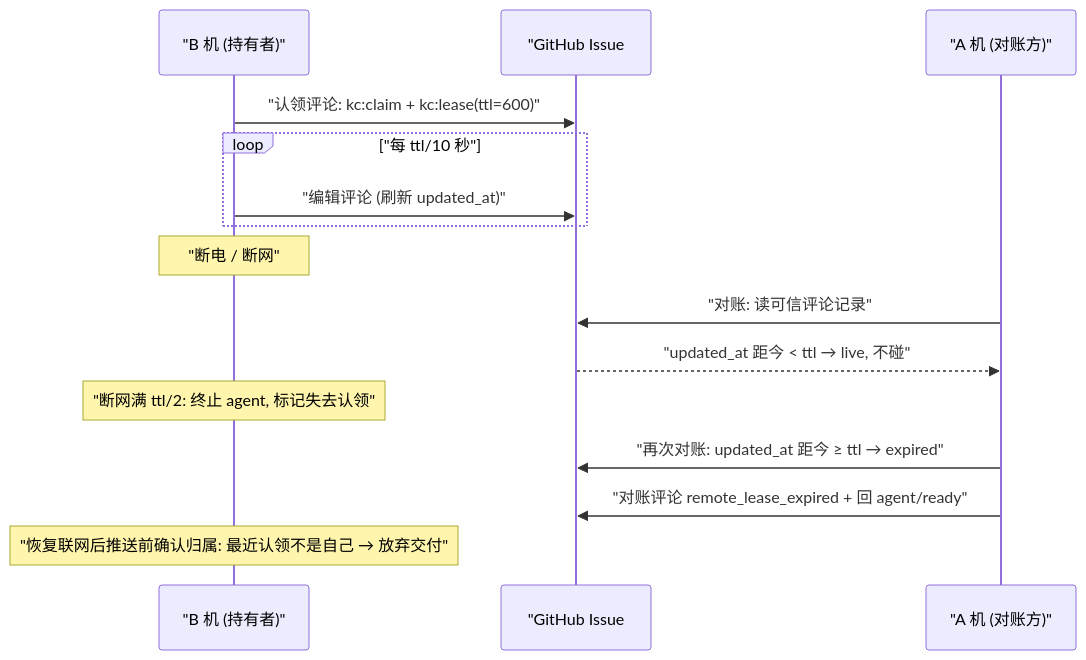
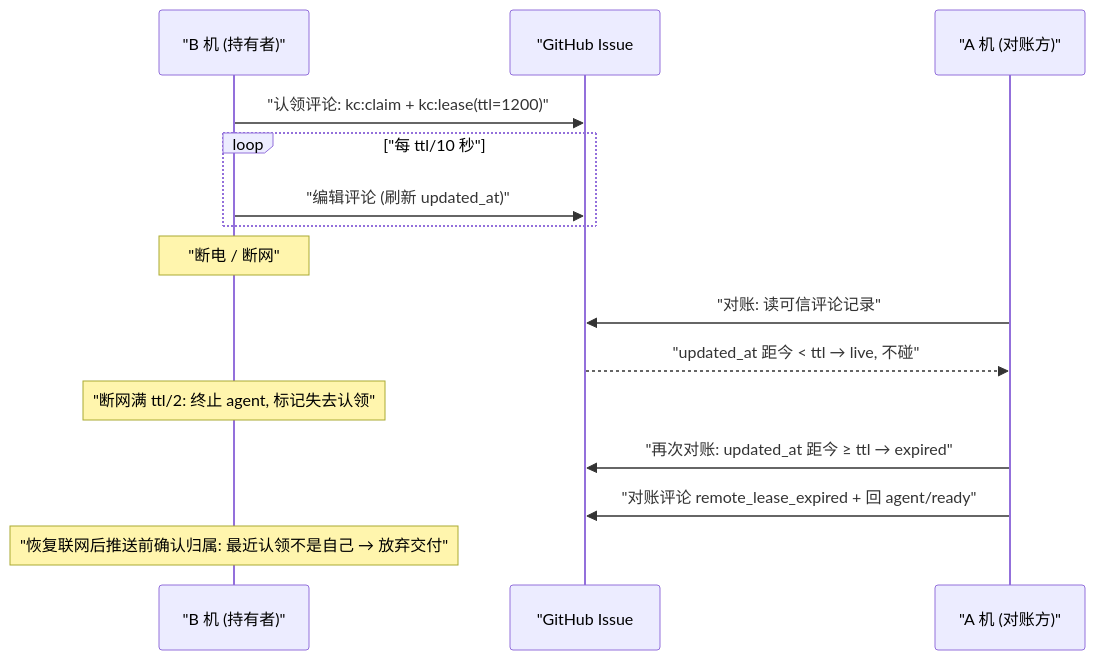
The diagram in tasks/archive/P1-FEAT-20261024-161425-cross-machine-presence-and-claim-lease.md (ZataZhang/keda), drawn with Mermaid before and after one commit. The commit also changed other lines of this file and 8 other files, not shown here.

First line of the commit message:
fix(agent-runner): extend default claim lease

````diff
--- a/tasks/archive/P1-FEAT-20261024-161425-cross-machine-presence-and-claim-lease.md
+++ b/tasks/archive/P1-FEAT-20261024-161425-cross-machine-presence-and-claim-lease.md
@@ -437,17 +437,17 @@
 ```mermaid
 sequenceDiagram
     participant B as "B 机 (持有者)"
     participant GH as "GitHub Issue #42"
     participant A as "A 机 (对账方)"
-    B->>GH: "认领评论: kc:claim + kc:lease(ttl=600)"
+    B->>GH: "认领评论: kc:claim + kc:lease(ttl=1200)"
     loop "每 ttl/10 秒"
         B->>GH: "编辑评论 (刷新 updated_at)"
     end
     Note over B: "断电 / 断网"
     A->>GH: "对账: 读可信评论记录"
     GH-->>A: "updated_at 距今 < ttl → live, 不碰"
     Note over B: "断网满 ttl/2: 终止 agent, 标记失去认领"
     A->>GH: "再次对账: updated_at 距今 ≥ ttl → expired"
     A->>GH: "对账评论 remote_lease_expired + 回 agent/ready"
     Note over B: "恢复联网后推送前确认归属: 最近认领不是自己 → 放弃交付"
 ```
````
